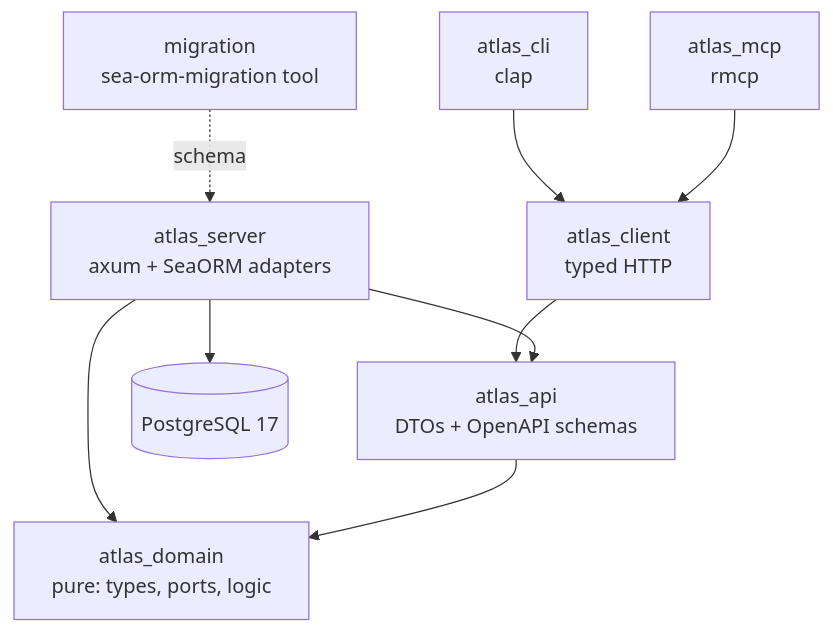
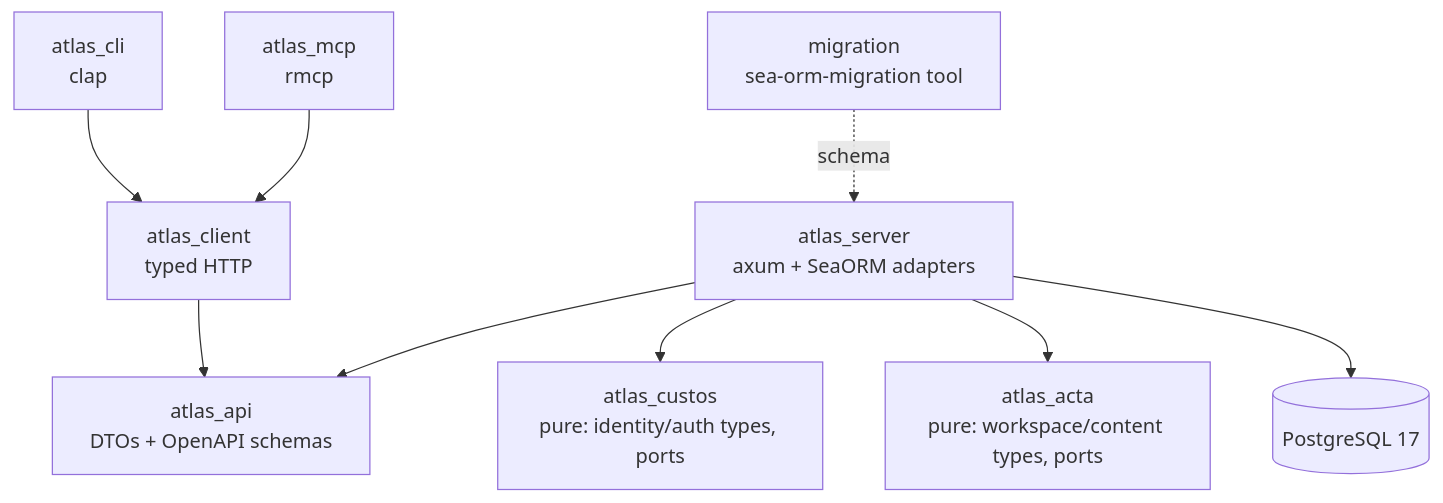
Before and after one commit to 0xErwin1/atlas: the first of 2 diagrams in ARCHITECTURE.md, drawn with Mermaid. The commit also changed other lines of this file and 207 other files, not shown here.

Commit message:
refactor(domain): delete atlas_domain and land the crate split

````diff
--- a/ARCHITECTURE.md
+++ b/ARCHITECTURE.md
@@ -9,11 +9,11 @@
 ```mermaid
 flowchart TD
     cli[atlas_cli<br/>clap] --> client[atlas_client<br/>typed HTTP]
     mcp[atlas_mcp<br/>rmcp] --> client
     client --> api[atlas_api<br/>DTOs + OpenAPI schemas]
     server[atlas_server<br/>axum + SeaORM adapters] --> api
-    server --> domain[atlas_domain<br/>pure: types, ports, logic]
-    api --> domain
+    server --> custos[atlas_custos<br/>pure: identity/auth types, ports]
+    server --> acta[atlas_acta<br/>pure: workspace/content types, ports]
     migration[migration<br/>sea-orm-migration tool] -.schema.-> server
     server --> pg[(PostgreSQL 17)]
 ```
````
